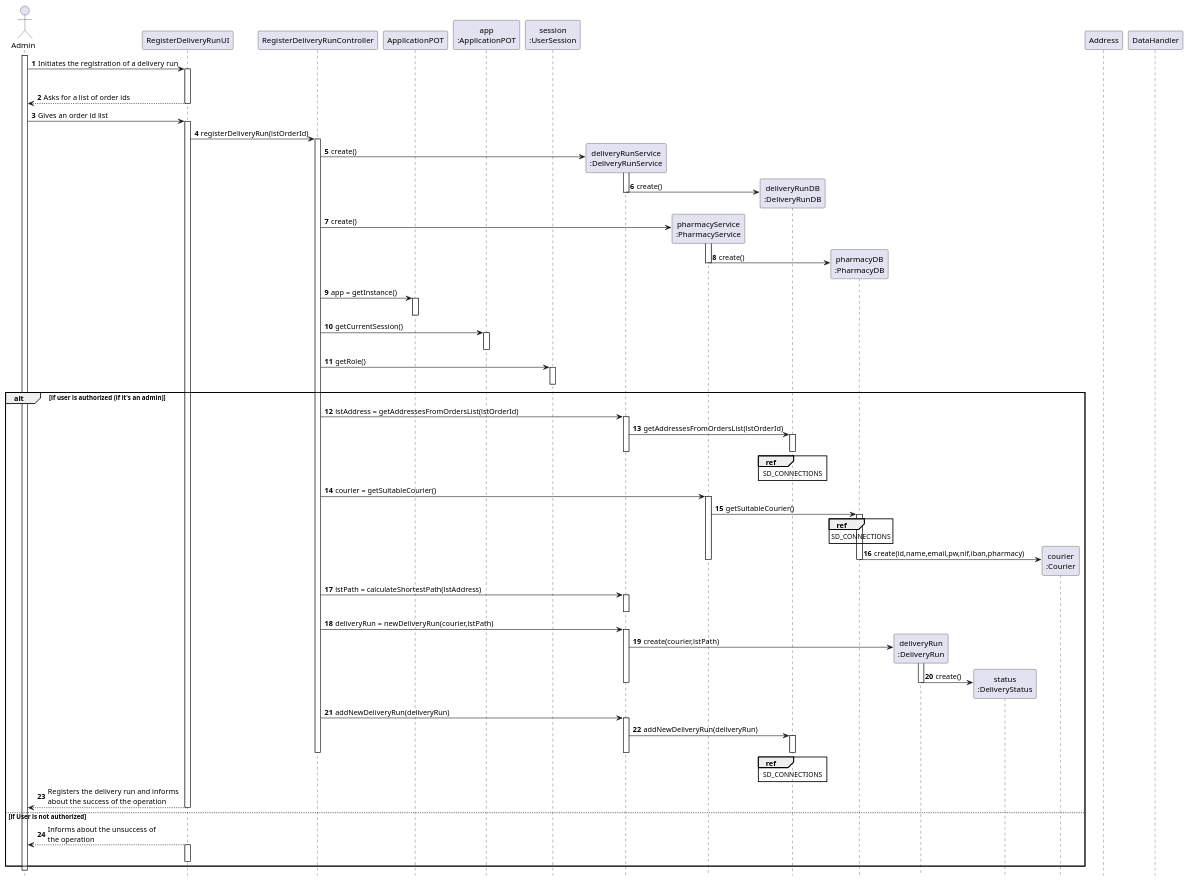
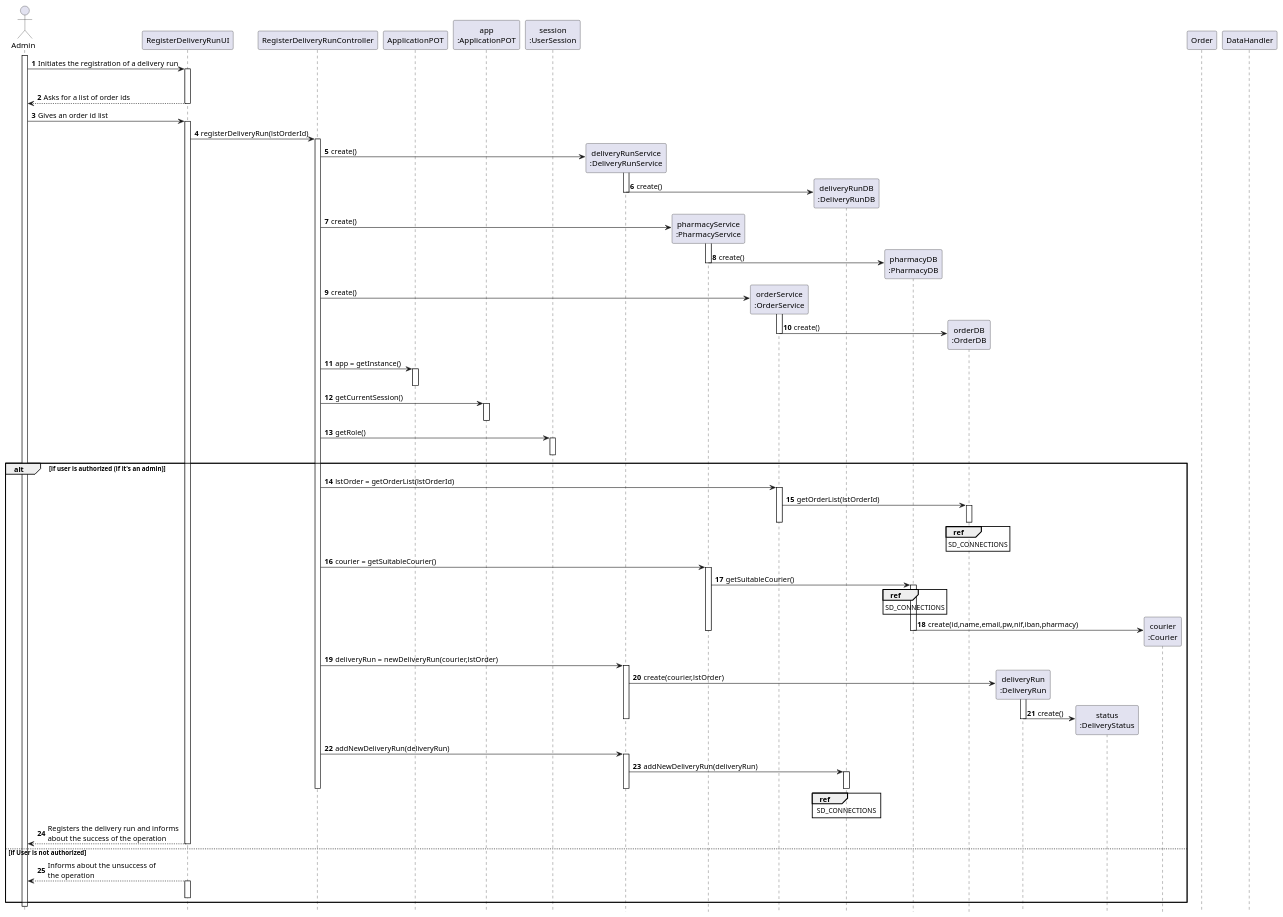
One commit to tiagoavcosta25/LAPR3 changed the diagram in docs/Iteration 2/Delivery Management/US206_RegisterDeliveryRun/US206_SD.puml. Above: the diagram before and after it, drawn with PlantUML. The commit also changed 15 other files, not shown here.

Commit message:
LAPR2AP2-220 #close Register Delivery Run [Implementation]

```diff
--- a/docs/Iteration 2/Delivery Management/US206_RegisterDeliveryRun/US206_SD.puml
+++ b/docs/Iteration 2/Delivery Management/US206_RegisterDeliveryRun/US206_SD.puml
@@ -1,152 +1,159 @@
 @startuml
 autonumber
 hide footbox
 
 actor "Admin" as U
 
 participant "RegisterDeliveryRunUI" as UI
 participant "RegisterDeliveryRunController" as CTRL
 participant "ApplicationPOT" as _APP
 participant "app\n:ApplicationPOT" as APP
 participant "session\n:UserSession" as SESSION
 participant "deliveryRunService\n:DeliveryRunService" as DRS
 participant "pharmacyService\n:PharmacyService" as PS
+participant "orderService\n:OrderService" as OS
 participant "deliveryRunDB\n:DeliveryRunDB" as DB
 participant "pharmacyDB\n:PharmacyDB" as PDB
+participant "orderDB\n:OrderDB" as ODB
 participant "deliveryRun\n:DeliveryRun" as DR
 participant "status\n:DeliveryStatus" as DS
 participant "courier\n:Courier" as C
-participant "Address" as A
+participant "Order" as A
 
 participant "DataHandler" as DH
 
 activate U
 
 U -> UI : Initiates the registration of a delivery run
 activate UI
 
 
 
 
 
 
 
 deactivate CTRL
 
 
 UI --> U: Asks for a list of order ids
 
 deactivate UI
 
 
 
 
 U -> UI : Gives an order id list
 activate UI
 UI -> CTRL : registerDeliveryRun(lstOrderId)
 activate CTRL
 
 
 
 
 CTRL -> DRS** : create()
 activate DRS
 DRS -> DB** : create()
 deactivate DRS
 
 CTRL -> PS** : create()
 activate PS
 PS -> PDB** : create()
 deactivate PS
+
+CTRL -> OS** : create()
+activate OS
+OS -> ODB** : create()
+
+deactivate OS
 CTRL -> _APP: app = getInstance()
 activate _APP
 deactivate _APP
 
 CTRL -> APP : getCurrentSession()
 activate APP
 deactivate APP
 
 CTRL -> SESSION : getRole()
 activate SESSION
 deactivate SESSION
 
 alt if user is authorized (if it's an admin)
-CTRL -> DRS : lstAddress = getAddressesFromOrdersList(lstOrderId)
-activate DRS
-DRS -> DB : getAddressesFromOrdersList(lstOrderId)
-activate DB
+CTRL -> OS : lstOrder = getOrderList(lstOrderId)
+activate OS
+OS -> ODB : getOrderList(lstOrderId)
+activate ODB
+deactivate ODB
 
-ref over DB
+ref over ODB
 SD_CONNECTIONS
 end ref
-deactivate DB
-deactivate DRS
+deactivate ODB
+deactivate OS
 
 
 
 
 CTRL -> PS : courier = getSuitableCourier()
 activate PS
 PS -> PDB : getSuitableCourier()
 activate PDB
 ref over PDB
 SD_CONNECTIONS
 end ref
 PDB -> C** : create(id,name,email,pw,nif,iban,pharmacy)
 deactivate DB
 deactivate PS
 deactivate PDB
 
 
-CTRL -> DRS : lstPath = calculateShortestPath(lstAddress)
+
+CTRL -> DRS : deliveryRun = newDeliveryRun(courier,lstOrder)
 activate DRS
-deactivate DRS
-CTRL -> DRS : deliveryRun = newDeliveryRun(courier,lstPath)
-activate DRS
-DRS -> DR** : create(courier,lstPath)
+DRS -> DR** : create(courier,lstOrder)
 activate DR
 DR -> DS** : create()
 deactivate DRS
 
 
 
 deactivate DR
 
 CTRL -> DRS : addNewDeliveryRun(deliveryRun)
 activate DRS
 DRS -> DB : addNewDeliveryRun(deliveryRun)
 activate DB
 deactivate DRS
 ref over DB
 SD_CONNECTIONS
 end ref
 deactivate DB
 
 
 deactivate DB
 deactivate DRS
 
 deactivate CTRL
 
 UI --> U : Registers the delivery run and informs\nabout the success of the operation
 deactivate UI
 
 else if User is not authorized
 
 
 UI --> U : Informs about the unsuccess of\nthe operation
 activate UI
 deactivate UI
 end
 
 
 
 
 
 
 
 
 deactivate U
 
 
 @enduml
```
